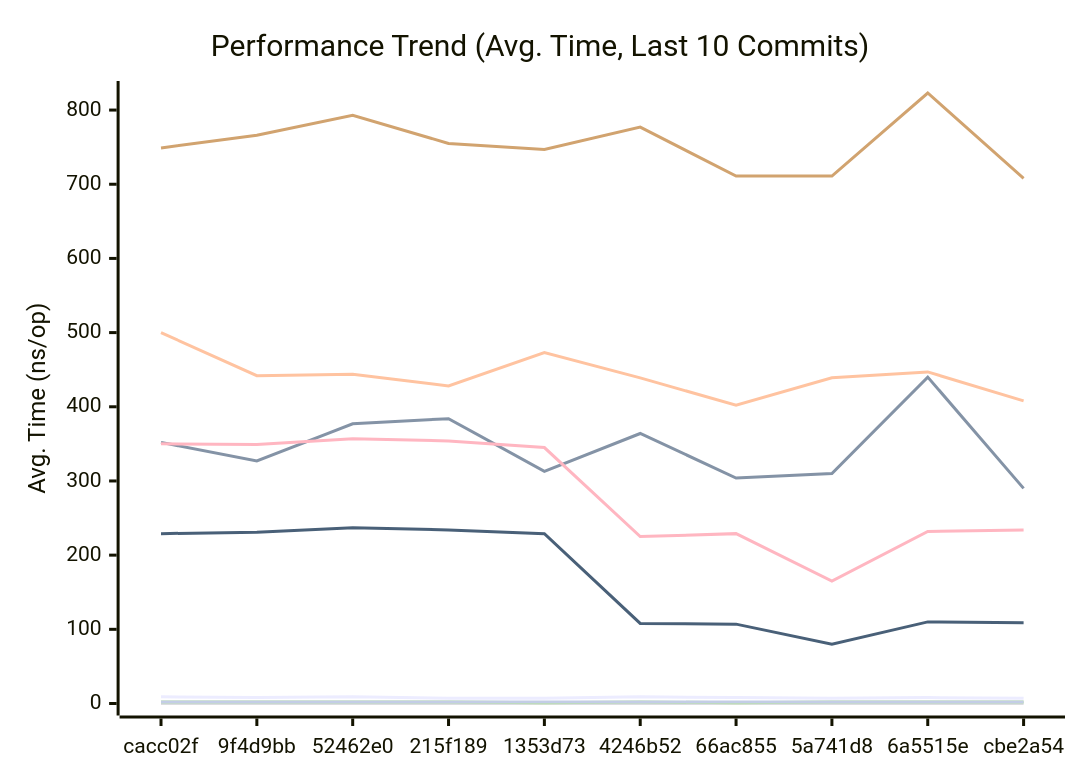
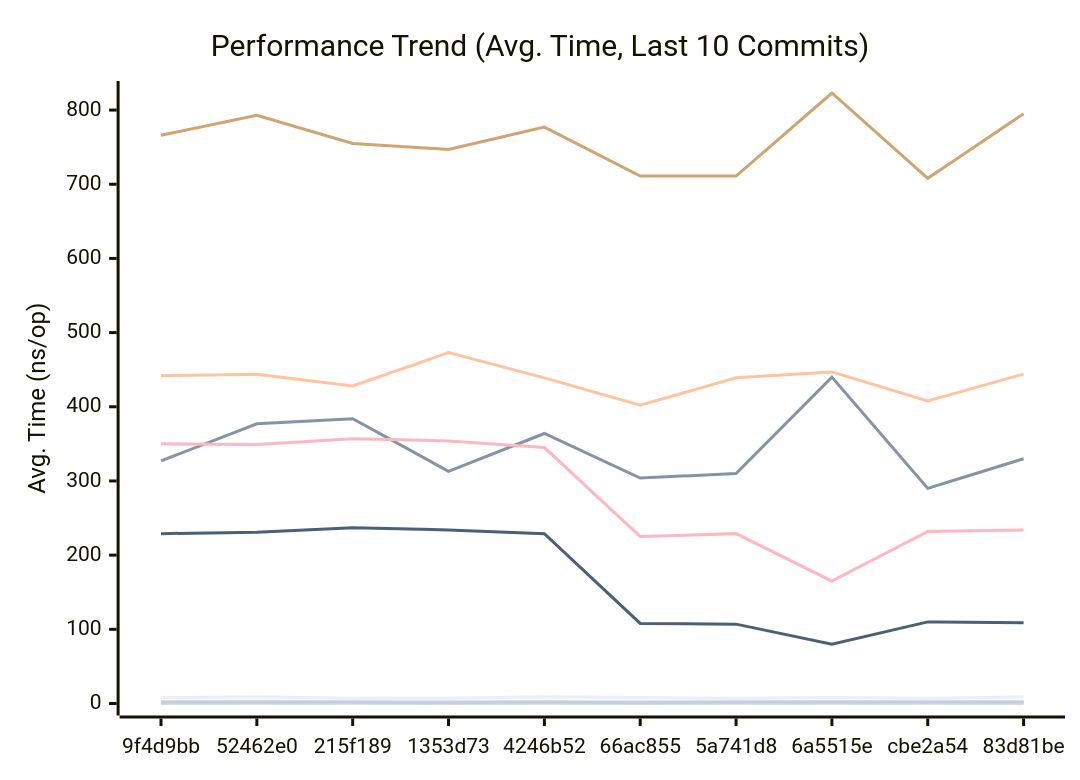
The first of 3 diagrams in docs/PERFORMANCE.md (alsotoes/momo), drawn with Mermaid before and after one commit. The commit also changed other lines of this file and 3 other files, not shown here.

````diff
--- a/docs/PERFORMANCE.md
+++ b/docs/PERFORMANCE.md
@@ -80,16 +80,16 @@
 ```mermaid
 xychart-beta
     title "Performance Trend (Avg. Time, Last 10 Commits)"
     x-axis "Commit"
     y-axis "Avg. Time (ns/op)"
-    x-axis [cacc02f,9f4d9bb,52462e0,215f189,1353d73,4246b52,66ac855,5a741d8,6a5515e,cbe2a54]
-    line "CheckMetricsAndSwap" [9,8,9,7,7,9,8,7,8,7]
-    line "CrushOptimized" [352,327,377,384,313,364,304,310,440,290]
-    line "CrushOriginal" [500,442,444,428,473,439,402,439,447,408]
+    x-axis [9f4d9bb,52462e0,215f189,1353d73,4246b52,66ac855,5a741d8,6a5515e,cbe2a54,83d81be]
+    line "CheckMetricsAndSwap" [8,9,7,7,9,8,7,8,7,9]
+    line "CrushOptimized" [327,377,384,313,364,304,310,440,290,330]
+    line "CrushOriginal" [442,444,428,473,439,402,439,447,408,444]
     line "IndexDirectTracking" [0,0,0,0,0,0,0,0,0,0]
-    line "IndexSearch" [2,2,2,2,1,2,1,2,2,2]
-    line "LoadGlobalConfig" [749,766,793,755,747,777,711,711,823,708]
+    line "IndexSearch" [2,2,2,1,2,1,2,2,2,2]
+    line "LoadGlobalConfig" [766,793,755,747,777,711,711,823,708,795]
     line "PadString" [2,2,2,2,2,2,2,2,2,2]
     line "ParseReplicationOrder_NoPrealloc" [350,349,357,354,345,225,229,165,232,234]
     line "ParseReplicationOrder_Prealloc" [229,231,237,234,229,108,107,80,110,109]
 ```
````
